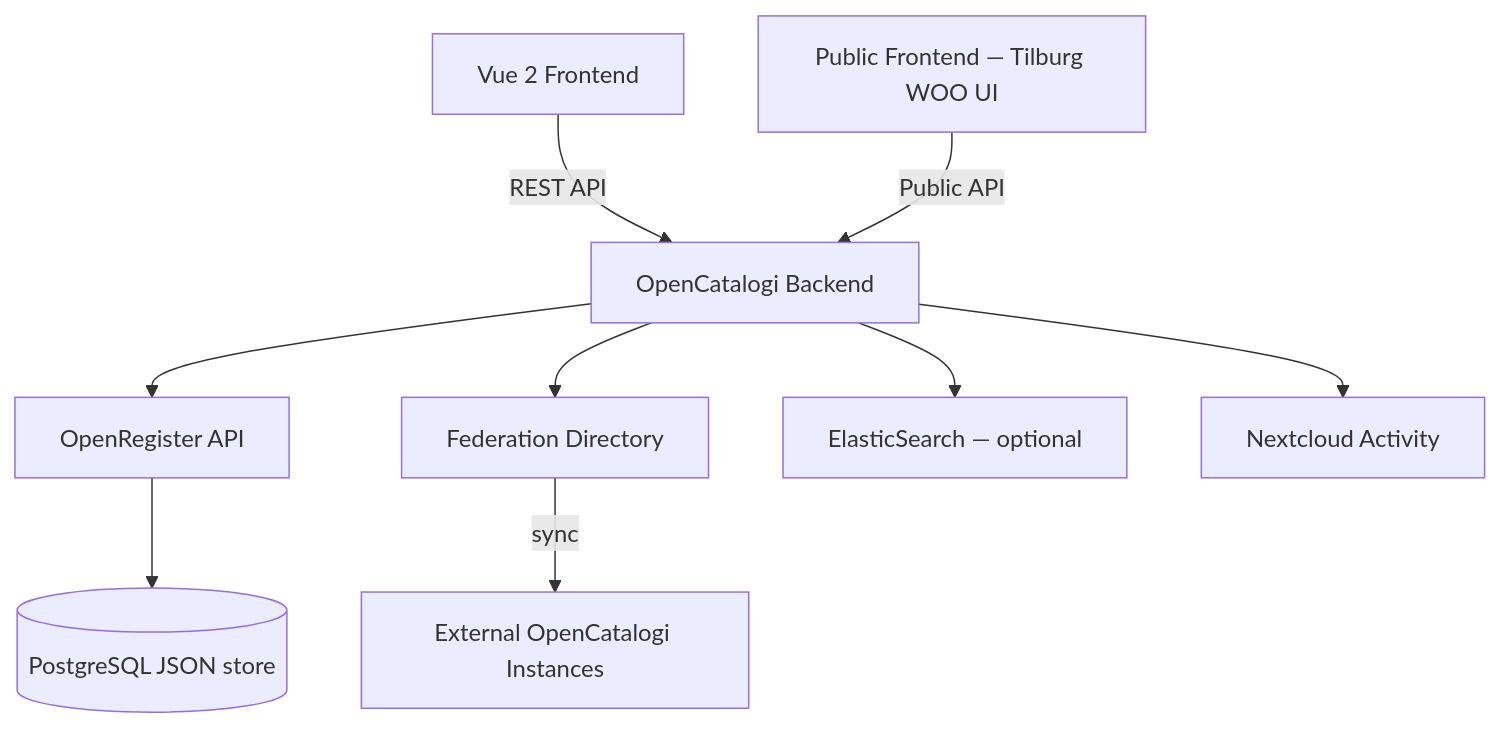
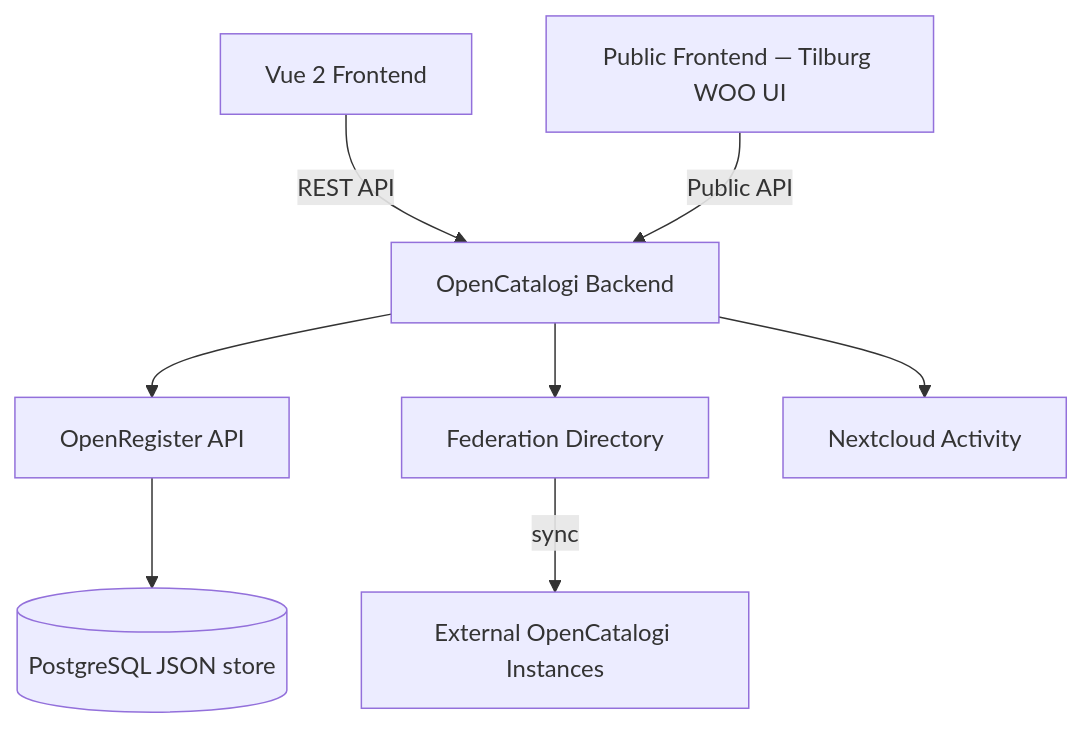
One commit to ConductionNL/opencatalogi changed the diagram in README.md. Above: the diagram before and after it, drawn with Mermaid. The commit also changed other lines of this file and 22 other files, not shown here.

````diff
--- a/README.md
+++ b/README.md
@@ -83,11 +82,10 @@
 ```mermaid
 graph TD
     A[Vue 2 Frontend] -->|REST API| B[OpenCatalogi Backend]
     B --> C[OpenRegister API]
     C --> D[(PostgreSQL JSON store)]
     B --> E[Federation Directory]
     E -->|sync| F[External OpenCatalogi Instances]
-    B --> G[ElasticSearch — optional]
     H[Public Frontend — Tilburg WOO UI] -->|Public API| B
     B --> I[Nextcloud Activity]
 ```
````
